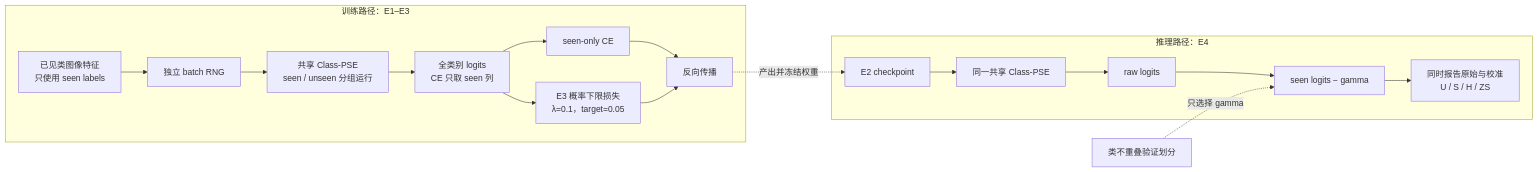
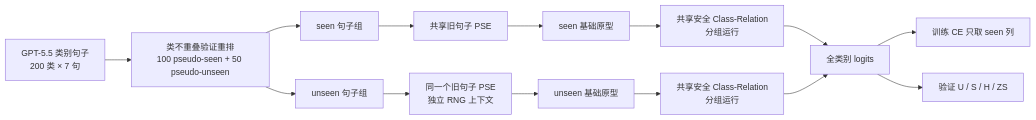
The diagram in experiments/v5/innovation/INNOVATION-008_pse_class_relation_calibration/framework_diagram.md (GetlotMoney/GTPJ), drawn with Mermaid before and after one commit. The commit also changed other lines of this file and 24 other files, not shown here.

Commit message:
experiment(v5): redesign PSE relation validation

````diff
--- a/experiments/v5/innovation/INNOVATION-008_pse_class_relation_calibration/framework_diagram.md
+++ b/experiments/v5/innovation/INNOVATION-008_pse_class_relation_calibration/framework_diagram.md
@@ -5,22 +3,16 @@
 ```mermaid
 flowchart LR
-    subgraph TRAIN[训练路径：E1–E3]
-        A[已见类图像特征<br/>只使用 seen labels] --> B[独立 batch RNG]
-        B --> C[共享 Class-PSE<br/>seen / unseen 分组运行]
-        C --> D[全类别 logits<br/>CE 只取 seen 列]
-        D --> E[seen-only CE]
-        D --> F[E3 概率下限损失<br/>λ=0.1，target=0.05]
-        E --> G[反向传播]
-        F --> G
-    end
-
-    subgraph TEST[推理路径：E4]
-        H[E2 checkpoint] --> I[同一共享 Class-PSE]
-        I --> J[raw logits]
-        J --> K[seen logits − gamma]
-        K --> L[同时报告原始与校准<br/>U / S / H / ZS]
-    end
-
-    G -. 产出并冻结权重 .-> H
-    V[类不重叠验证划分] -. 只选择 gamma .-> K
+    A["GPT-5.5 类别句子<br/>200 类 × 7 句"] --> B["类不重叠验证重排<br/>100 pseudo-seen + 50 pseudo-unseen"]
+    B --> C1["seen 句子组"]
+    B --> C2["unseen 句子组"]
+    C1 --> D1["共享旧句子 PSE"]
+    C2 --> D2["同一个旧句子 PSE<br/>独立 RNG 上下文"]
+    D1 --> E1["seen 基础原型"]
+    D2 --> E2["unseen 基础原型"]
+    E1 --> F1["共享安全 Class-Relation<br/>分组运行"]
+    E2 --> F2["共享安全 Class-Relation<br/>分组运行"]
+    F1 --> G["全类别 logits"]
+    F2 --> G
+    G --> H["训练 CE 只取 seen 列"]
+    G --> I["验证 U / S / H / ZS"]
 ```
````
